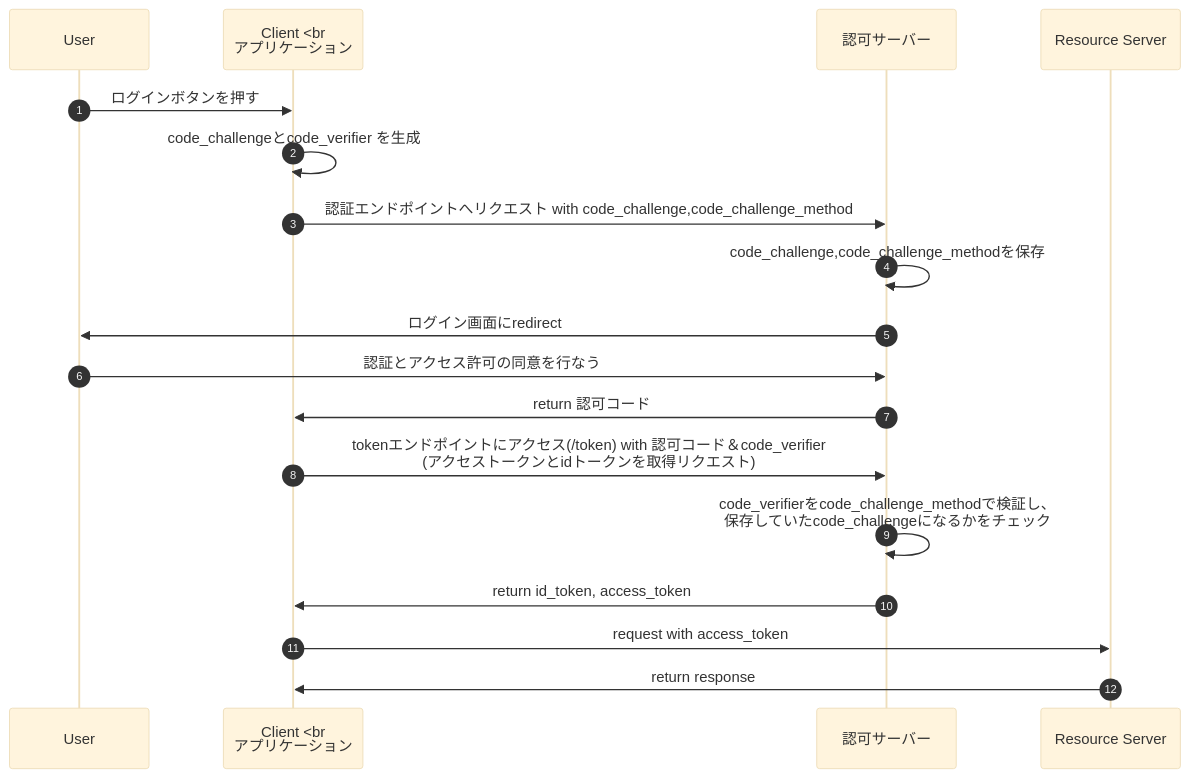
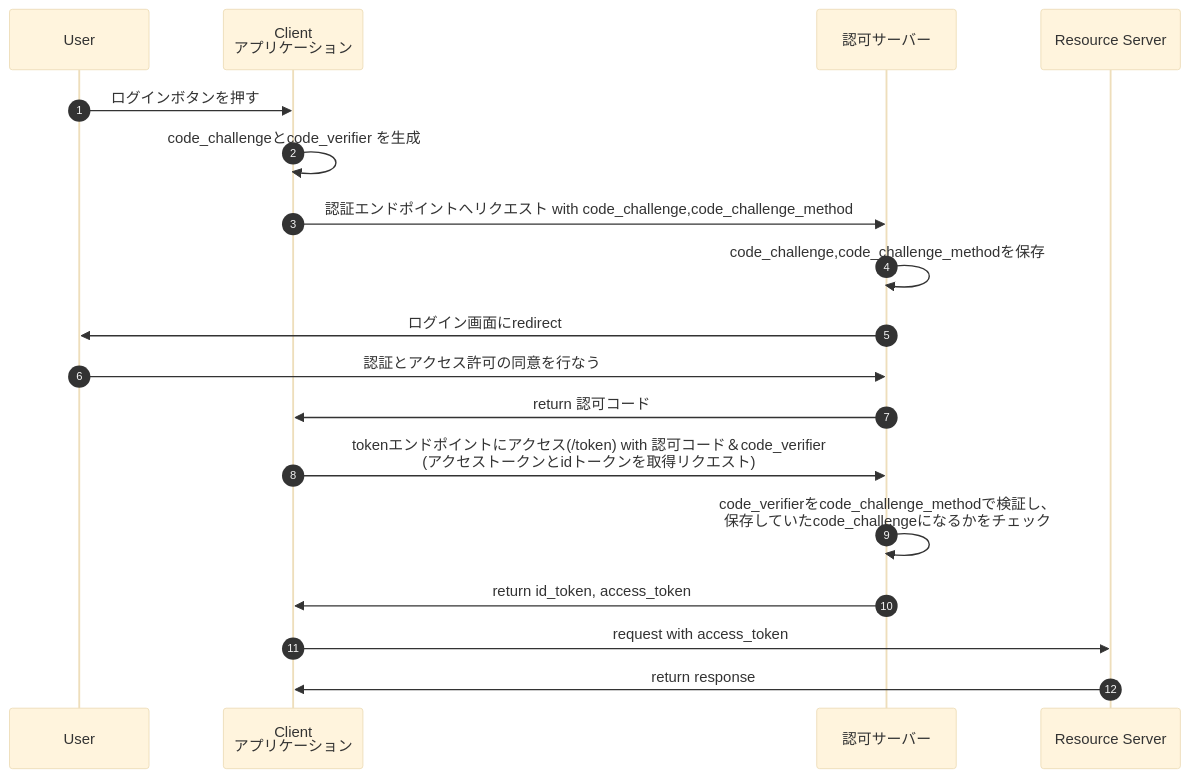
Before and after one commit to sktaz/diagram: the diagram in oauth2.0/認可コードフロー.md, drawn with Mermaid (base theme).

````diff
--- a/oauth2.0/認可コードフロー.md
+++ b/oauth2.0/認可コードフロー.md
@@ -1,24 +1,24 @@
 ```mermaid
 
 sequenceDiagram
     autonumber
 
     participant User as User
-    participant Client as Client <br<br>アプリケーション
+    participant Client as Client <br>アプリケーション
     participant AuthorizationServer as 認可サーバー
     participant ResourceServer as Resource Server
 
     User ->> Client: ログインボタンを押す
     Client ->> Client: code_challengeとcode_verifier を生成
 
     Client ->> AuthorizationServer: 認証エンドポイントへリクエスト with code_challenge,code_challenge_method
     AuthorizationServer ->> AuthorizationServer: code_challenge,code_challenge_methodを保存
     AuthorizationServer ->> User: ログイン画面にredirect
     User ->> AuthorizationServer: 認証とアクセス許可の同意を行なう
     AuthorizationServer ->>　Client: return 認可コード
     Client ->>　AuthorizationServer: tokenエンドポイントにアクセス(/token) with 認可コード＆code_verifier<br>(アクセストークンとidトークンを取得リクエスト)
     AuthorizationServer ->> AuthorizationServer: code_verifierをcode_challenge_methodで検証し、<br>保存していたcode_challengeになるかをチェック
     AuthorizationServer ->> Client: return id_token, access_token
     Client ->>　ResourceServer: request with access_token
     ResourceServer ->> Client: return response
 ```
````
